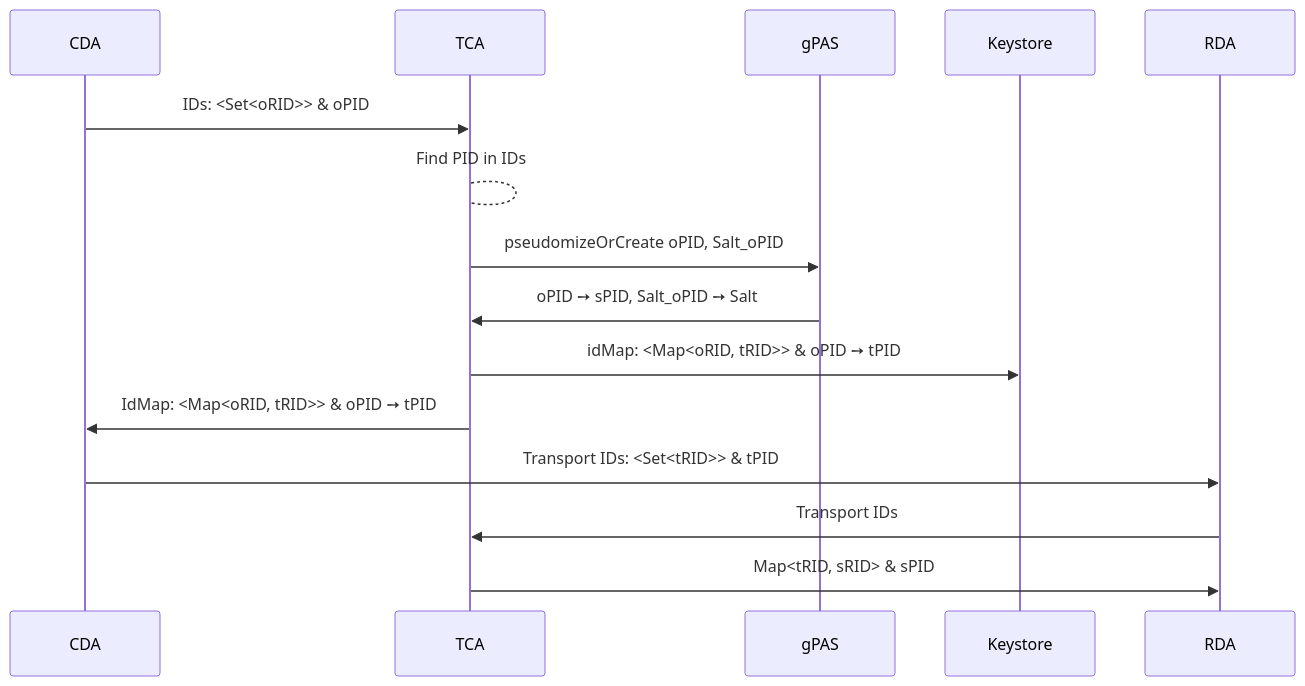
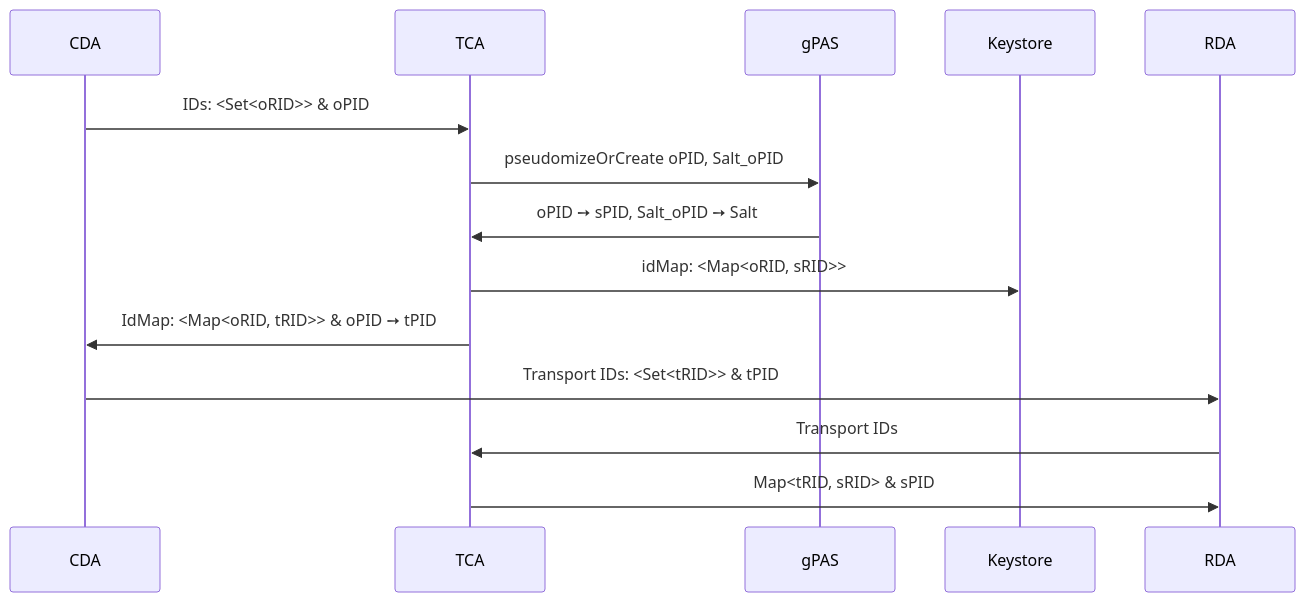
Before and after one commit to medizininformatik-initiative/fts-next: the diagram in docs/development/trustcenter-agent.md, drawn with Mermaid. The commit also changed 21 other files, not shown here.

Commit message:
Only Pseudomize PID and Use Salted Hash for Other IDs

````diff
--- a/docs/development/trustcenter-agent.md
+++ b/docs/development/trustcenter-agent.md
@@ -31,12 +31,11 @@
 ```mermaid
 sequenceDiagram
     CDA ->> TCA: IDs: <Set<oRID>> & oPID
-    TCA --> TCA: Find PID in IDs
     TCA ->> gPAS: pseudomizeOrCreate oPID, Salt_oPID
     gPAS ->> TCA: oPID ➙ sPID, Salt_oPID ➙ Salt
-    TCA ->> Keystore: idMap: <Map<oRID, tRID>> & oPID ➙ tPID
+    TCA ->> Keystore: idMap: <Map<oRID, sRID>>
     TCA ->> CDA: IdMap: <Map<oRID, tRID>> & oPID ➙ tPID
     CDA ->> RDA: Transport IDs: <Set<tRID>> & tPID
     RDA ->> TCA: Transport IDs
     TCA ->> RDA: Map<tRID, sRID> & sPID
 ```
````
